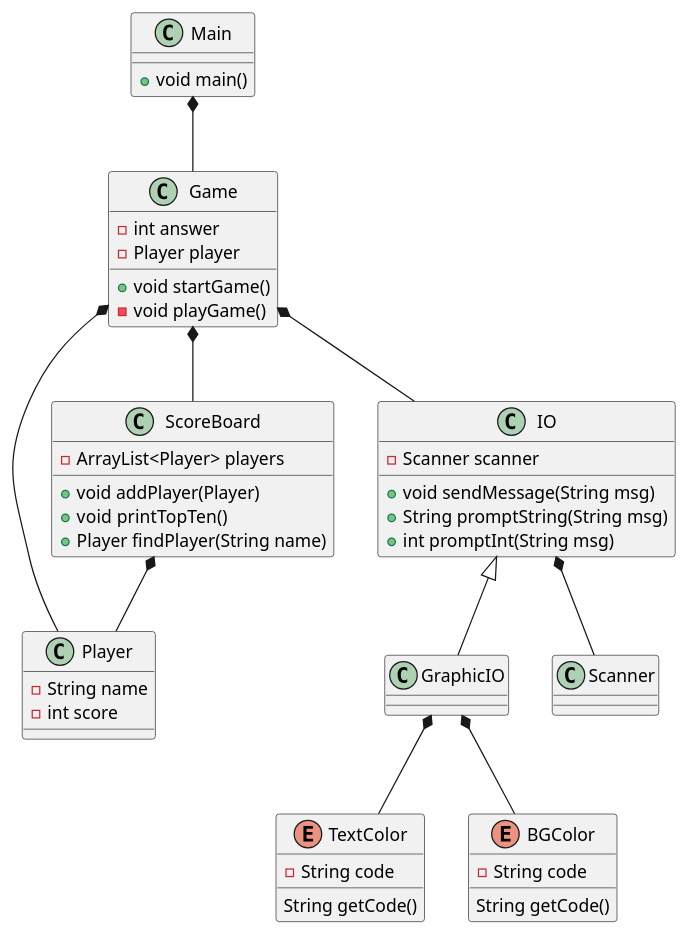
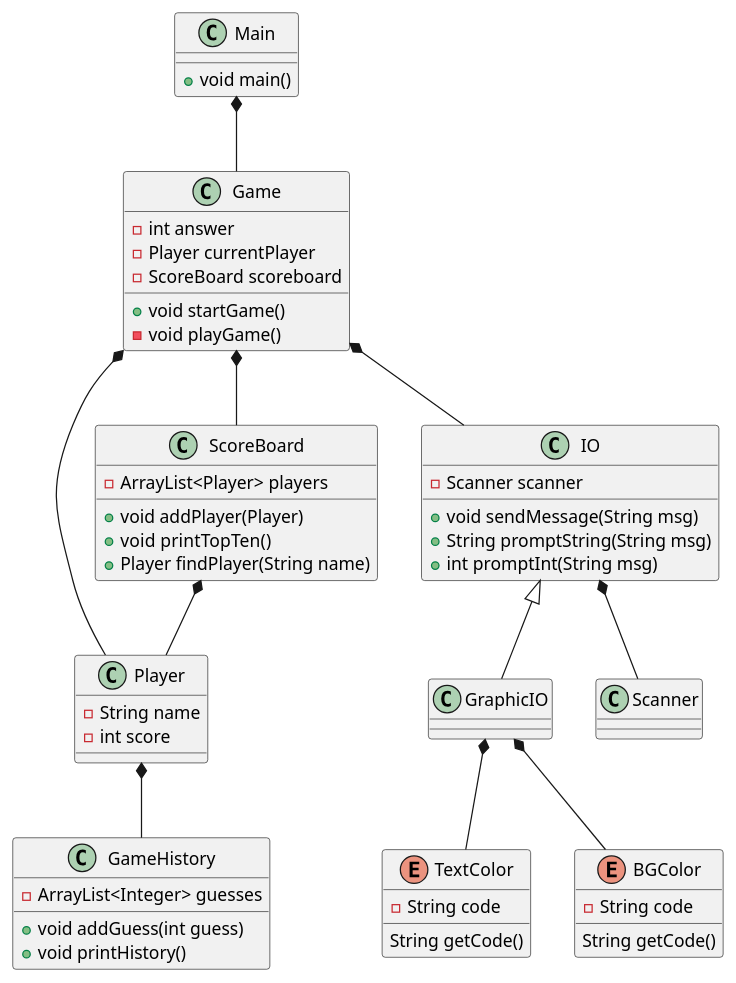
The diagram in documentation/numbergame.puml (Dat1Cphbusiness/spring2026), drawn with PlantUML before and after one commit. The commit also changed 5 other files, not shown here.

Commit message:
GameHistory

```diff
--- a/documentation/numbergame.puml
+++ b/documentation/numbergame.puml
@@ -1,61 +1,68 @@
 @startuml
 'https://plantuml.com/class-diagram
 
 class Game{
     - int answer
-    - Player player
+    - Player currentPlayer
+    - ScoreBoard scoreboard
     + void startGame()
     - void playGame()
+}
+
+class GameHistory{
+    - ArrayList<Integer> guesses
+    + void addGuess(int guess)
+    + void printHistory()
 }
 
 class Player{
     - String name
     - int score
 }
 
 class ScoreBoard{
     - ArrayList<Player> players
     + void addPlayer(Player)
     + void printTopTen()
     + Player findPlayer(String name)
 }
 
 class IO{
     - Scanner scanner
     + void sendMessage(String msg)
     + String promptString(String msg)
     + int promptInt(String msg)
 }
 
 class GraphicIO{}
 
 class Main{
     + void main()
 }
 
 class Scanner{}
 
 enum TextColor{
     - String code
     String getCode()
 }
 
 enum BGColor{
     - String code
     String getCode()
 }
 
 
 
 IO *-- Scanner
 Game *-- IO
 Game *-- Player
 Main *-- Game
 IO <|-- GraphicIO
 Game *-- ScoreBoard
 ScoreBoard *-- Player
 GraphicIO *-- TextColor
 GraphicIO *-- BGColor
-
+Player *-- GameHistory
 
 @enduml
```
